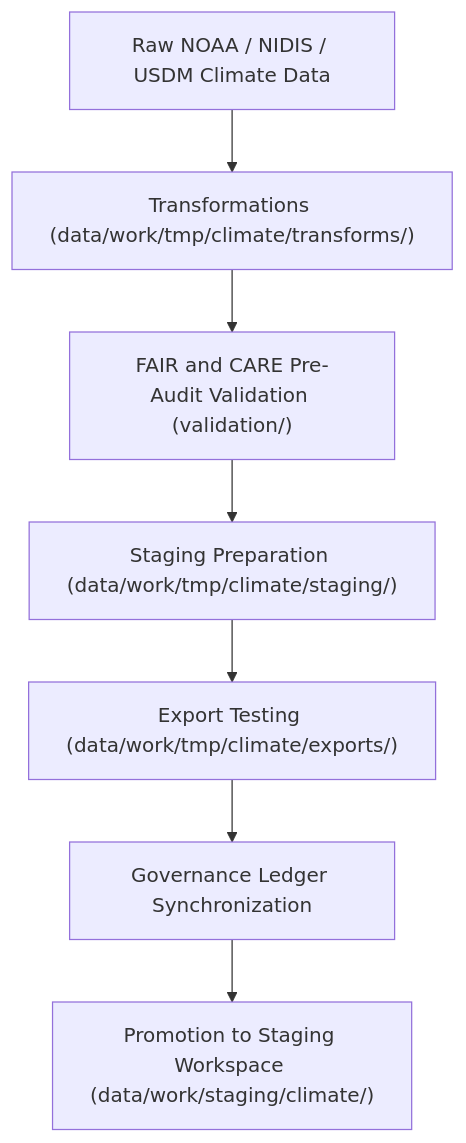
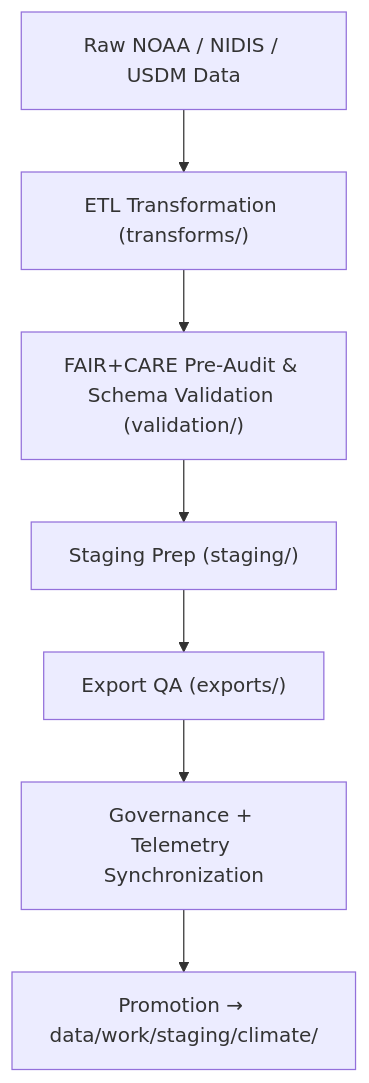
One commit to bartytime4life/Kansas-Frontier-Matrix changed the diagram in data/work/tmp/climate/README.md. Above: the diagram before and after it, drawn with Mermaid. The commit also changed other lines of this file, not shown here.

First line of the commit message:
Update README for climate TMP workspace v9.5.0

````diff
--- a/data/work/tmp/climate/README.md
+++ b/data/work/tmp/climate/README.md
@@ -83,9 +92,9 @@
 ```mermaid
 flowchart TD
-    A["Raw NOAA / NIDIS / USDM Climate Data"] --> B["Transformations (data/work/tmp/climate/transforms/)"]
-    B --> C["FAIR and CARE Pre-Audit Validation (validation/)"]
-    C --> D["Staging Preparation (data/work/tmp/climate/staging/)"]
-    D --> E["Export Testing (data/work/tmp/climate/exports/)"]
-    E --> F["Governance Ledger Synchronization"]
-    F --> G["Promotion to Staging Workspace (data/work/staging/climate/)"]
+    A["Raw NOAA / NIDIS / USDM Data"] --> B["ETL Transformation (transforms/)"]
+    B --> C["FAIR+CARE Pre-Audit & Schema Validation (validation/)"]
+    C --> D["Staging Prep (staging/)"]
+    D --> E["Export QA (exports/)"]
+    E --> F["Governance + Telemetry Synchronization"]
+    F --> G["Promotion → data/work/staging/climate/"]
 ```
````
